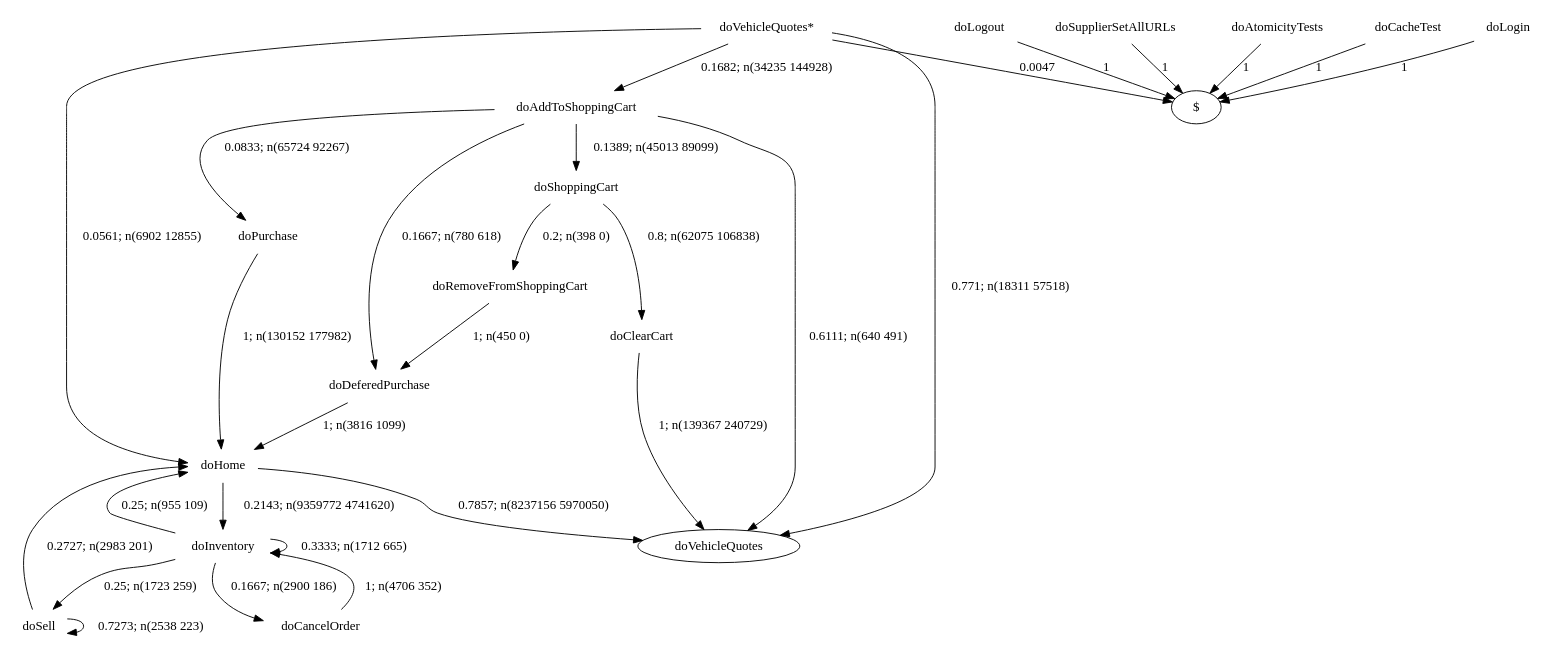
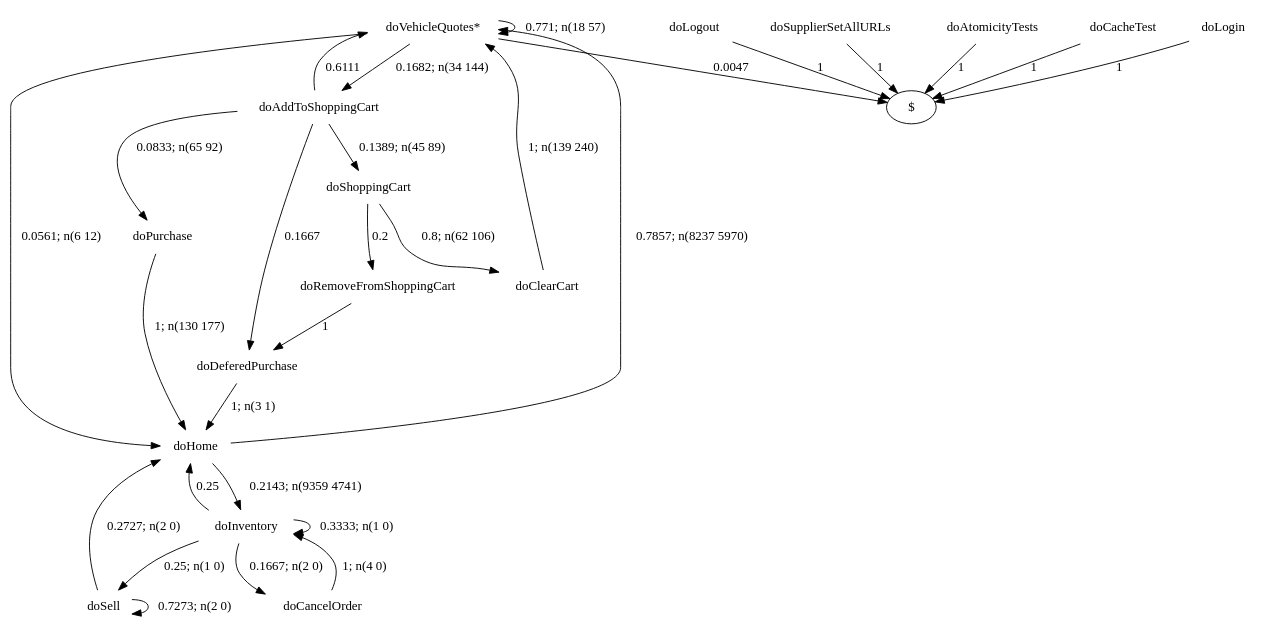
Before and after one commit to alperhi/wessbas.behaviorModelExtractor: the diagram in examples/specj/output/none/graph501.dot, drawn with Graphviz. The commit also changed 545 other files, not shown here.

Commit message:
fixed bug with initial states appearing twice (with and without '*') in a DOT graph; fixed time conversion from nanoseconds to milliseconds (uses TimeUnit now); updated example output and visualizations; removed input sessions with NULL-values from SPECj input folder;

```diff
--- a/examples/specj/output/none/graph501.dot
+++ b/examples/specj/output/none/graph501.dot
@@ -1,46 +1,46 @@
 digraph G {
 "doVehicleQuotes*" [label="doVehicleQuotes*",shape=none];
 "doSupplierSetAllURLs" [label="doSupplierSetAllURLs",shape=none];
 "doAtomicityTests" [label="doAtomicityTests",shape=none];
 "doCacheTest" [label="doCacheTest",shape=none];
 "doLogin" [label="doLogin",shape=none];
 "doAddToShoppingCart" [label="doAddToShoppingCart",shape=none];
 "doDeferedPurchase" [label="doDeferedPurchase",shape=none];
 "doHome" [label="doHome",shape=none];
 "doShoppingCart" [label="doShoppingCart",shape=none];
 "doClearCart" [label="doClearCart",shape=none];
 "doPurchase" [label="doPurchase",shape=none];
 "doInventory" [label="doInventory",shape=none];
 "doSell" [label="doSell",shape=none];
 "doLogout" [label="doLogout",shape=none];
 "doCancelOrder" [label="doCancelOrder",shape=none];
 "doRemoveFromShoppingCart" [label="doRemoveFromShoppingCart",shape=none];
-"doVehicleQuotes*"->"doVehicleQuotes" [style=solid,label="0.771; n(18311 57518)"];
-"doVehicleQuotes*"->"doAddToShoppingCart" [style=solid,label="0.1682; n(34235 144928)"];
-"doVehicleQuotes*"->"doHome" [style=solid,label="0.0561; n(6902 12855)"];
+"doVehicleQuotes*"->"doVehicleQuotes*" [style=solid,label="0.771; n(18 57)"];
+"doVehicleQuotes*"->"doAddToShoppingCart" [style=solid,label="0.1682; n(34 144)"];
+"doVehicleQuotes*"->"doHome" [style=solid,label="0.0561; n(6 12)"];
 "doVehicleQuotes*"->"$" [style=solid,label="0.0047"];
 "doSupplierSetAllURLs"->"$" [style=solid,label="1"];
 "doAtomicityTests"->"$" [style=solid,label="1"];
 "doCacheTest"->"$" [style=solid,label="1"];
 "doLogin"->"$" [style=solid,label="1"];
-"doAddToShoppingCart"->"doVehicleQuotes" [style=solid,label="0.6111; n(640 491)"];
-"doAddToShoppingCart"->"doDeferedPurchase" [style=solid,label="0.1667; n(780 618)"];
-"doAddToShoppingCart"->"doShoppingCart" [style=solid,label="0.1389; n(45013 89099)"];
-"doAddToShoppingCart"->"doPurchase" [style=solid,label="0.0833; n(65724 92267)"];
-"doDeferedPurchase"->"doHome" [style=solid,label="1; n(3816 1099)"];
-"doHome"->"doVehicleQuotes" [style=solid,label="0.7857; n(8237156 5970050)"];
-"doHome"->"doInventory" [style=solid,label="0.2143; n(9359772 4741620)"];
-"doShoppingCart"->"doClearCart" [style=solid,label="0.8; n(62075 106838)"];
-"doShoppingCart"->"doRemoveFromShoppingCart" [style=solid,label="0.2; n(398 0)"];
-"doClearCart"->"doVehicleQuotes" [style=solid,label="1; n(139367 240729)"];
-"doPurchase"->"doHome" [style=solid,label="1; n(130152 177982)"];
-"doInventory"->"doHome" [style=solid,label="0.25; n(955 109)"];
-"doInventory"->"doInventory" [style=solid,label="0.3333; n(1712 665)"];
-"doInventory"->"doSell" [style=solid,label="0.25; n(1723 259)"];
-"doInventory"->"doCancelOrder" [style=solid,label="0.1667; n(2900 186)"];
-"doSell"->"doHome" [style=solid,label="0.2727; n(2983 201)"];
-"doSell"->"doSell" [style=solid,label="0.7273; n(2538 223)"];
+"doAddToShoppingCart"->"doVehicleQuotes*" [style=solid,label="0.6111"];
+"doAddToShoppingCart"->"doDeferedPurchase" [style=solid,label="0.1667"];
+"doAddToShoppingCart"->"doShoppingCart" [style=solid,label="0.1389; n(45 89)"];
+"doAddToShoppingCart"->"doPurchase" [style=solid,label="0.0833; n(65 92)"];
+"doDeferedPurchase"->"doHome" [style=solid,label="1; n(3 1)"];
+"doHome"->"doVehicleQuotes*" [style=solid,label="0.7857; n(8237 5970)"];
+"doHome"->"doInventory" [style=solid,label="0.2143; n(9359 4741)"];
+"doShoppingCart"->"doClearCart" [style=solid,label="0.8; n(62 106)"];
+"doShoppingCart"->"doRemoveFromShoppingCart" [style=solid,label="0.2"];
+"doClearCart"->"doVehicleQuotes*" [style=solid,label="1; n(139 240)"];
+"doPurchase"->"doHome" [style=solid,label="1; n(130 177)"];
+"doInventory"->"doHome" [style=solid,label="0.25"];
+"doInventory"->"doInventory" [style=solid,label="0.3333; n(1 0)"];
+"doInventory"->"doSell" [style=solid,label="0.25; n(1 0)"];
+"doInventory"->"doCancelOrder" [style=solid,label="0.1667; n(2 0)"];
+"doSell"->"doHome" [style=solid,label="0.2727; n(2 0)"];
+"doSell"->"doSell" [style=solid,label="0.7273; n(2 0)"];
 "doLogout"->"$" [style=solid,label="1"];
-"doCancelOrder"->"doInventory" [style=solid,label="1; n(4706 352)"];
-"doRemoveFromShoppingCart"->"doDeferedPurchase" [style=solid,label="1; n(450 0)"];
+"doCancelOrder"->"doInventory" [style=solid,label="1; n(4 0)"];
+"doRemoveFromShoppingCart"->"doDeferedPurchase" [style=solid,label="1"];
 }
```
